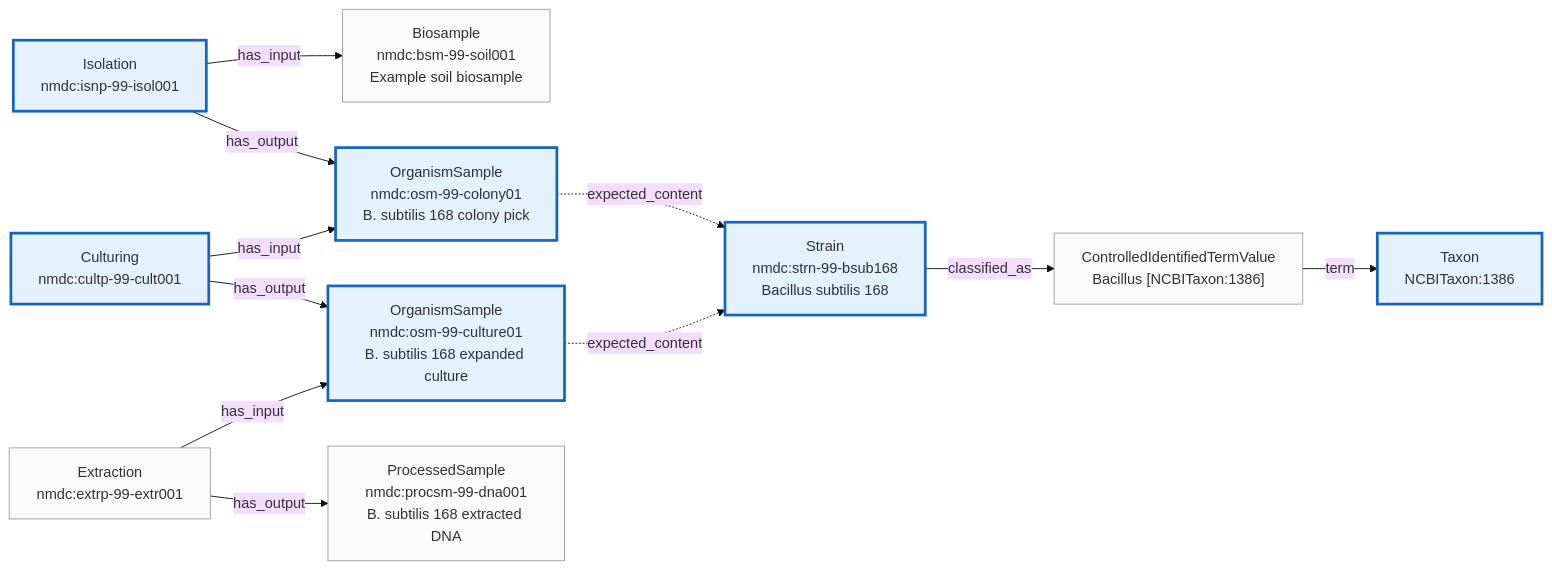
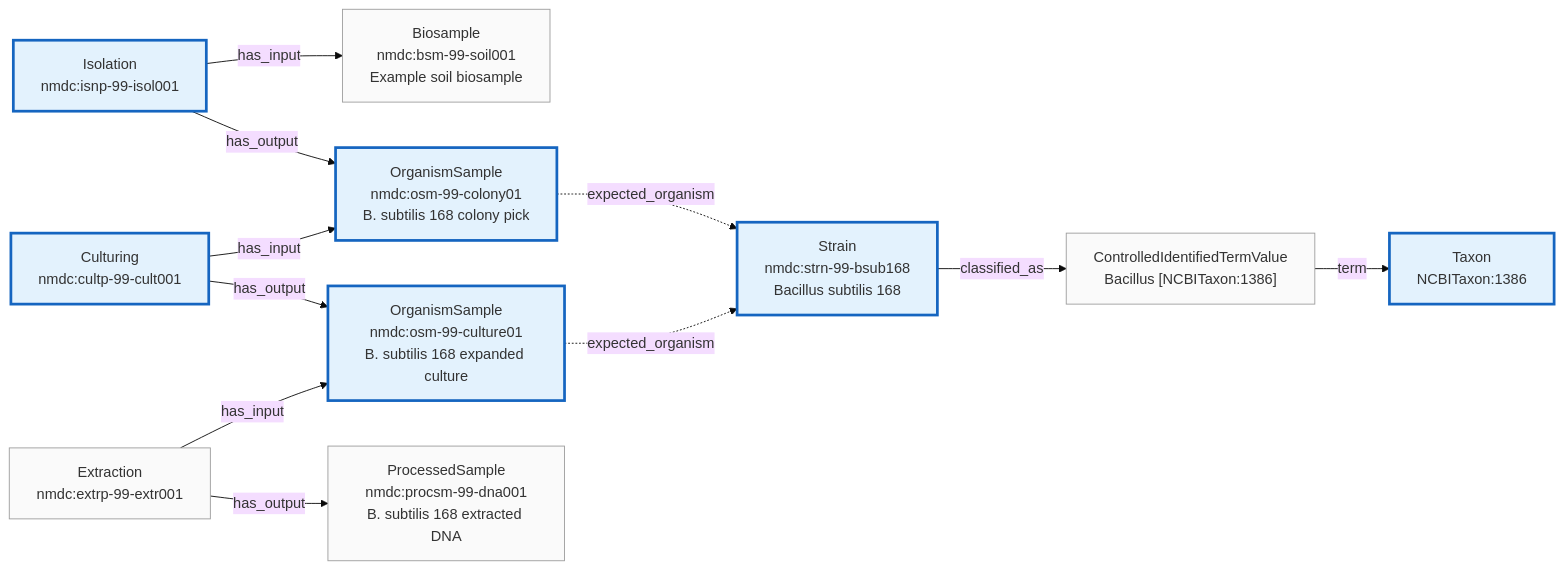
Before and after one commit to microbiomedata/nmdc-schema: the diagram in src/docs/images/use-case-1-environmental-isolation.mmd, drawn with Mermaid (base theme). The commit also changed 16 other files, not shown here.

```diff
--- a/src/docs/images/use-case-1-environmental-isolation.mmd
+++ b/src/docs/images/use-case-1-environmental-isolation.mmd
@@ -1,33 +1,33 @@
 %% Derived from src/data/valid/Database-isolate-from-soil-workflow.yaml.
 %% Shows every entity and edge asserted by the data file, including the
 %% ControlledIdentifiedTermValue wrapper between Strain.classified_as and Taxon.
 %% Upstream collection context (FieldResearchSite + CollectingBiosamplesFromSite)
 %% is not currently in the data file — omitted here to keep diagram faithful.
 flowchart LR
     BSM["Biosample<br/>nmdc:bsm-99-soil001<br/>Example soil biosample"]
     ISN["Isolation<br/>nmdc:isnp-99-isol001"]
     OSM1["OrganismSample<br/>nmdc:osm-99-colony01<br/>B. subtilis 168 colony pick"]
     CULT["Culturing<br/>nmdc:cultp-99-cult001"]
     OSM2["OrganismSample<br/>nmdc:osm-99-culture01<br/>B. subtilis 168 expanded culture"]
     EXT["Extraction<br/>nmdc:extrp-99-extr001"]
     PSM["ProcessedSample<br/>nmdc:procsm-99-dna001<br/>B. subtilis 168 extracted DNA"]
     STRN["Strain<br/>nmdc:strn-99-bsub168<br/>Bacillus subtilis 168"]
     CITV["ControlledIdentifiedTermValue<br/>Bacillus [NCBITaxon:1386]"]
     TAX["Taxon<br/>NCBITaxon:1386"]
 
     ISN -->|has_input| BSM
     ISN -->|has_output| OSM1
     CULT -->|has_input| OSM1
     CULT -->|has_output| OSM2
     EXT -->|has_input| OSM2
     EXT -->|has_output| PSM
 
-    OSM1 -.->|expected_content| STRN
-    OSM2 -.->|expected_content| STRN
+    OSM1 -.->|expected_organism| STRN
+    OSM2 -.->|expected_organism| STRN
     STRN -->|classified_as| CITV
     CITV -->|term| TAX
 
     classDef newPR fill:#e3f2fd,stroke:#1565c0,stroke-width:3px
     classDef concrete fill:#fafafa,stroke:#9e9e9e
     class ISN,CULT,OSM1,OSM2,STRN,TAX newPR
     class BSM,EXT,PSM,CITV concrete
```
